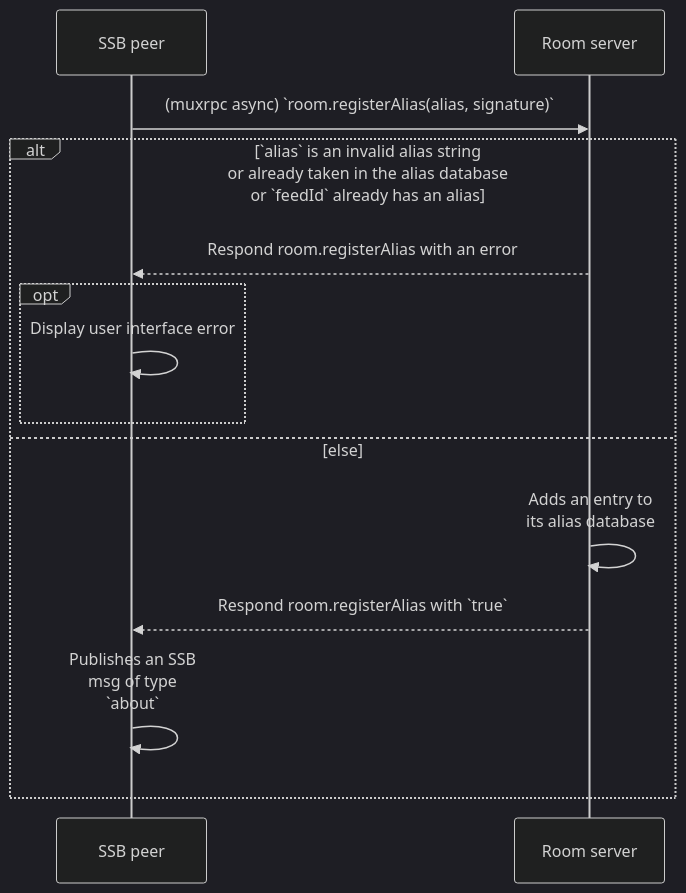
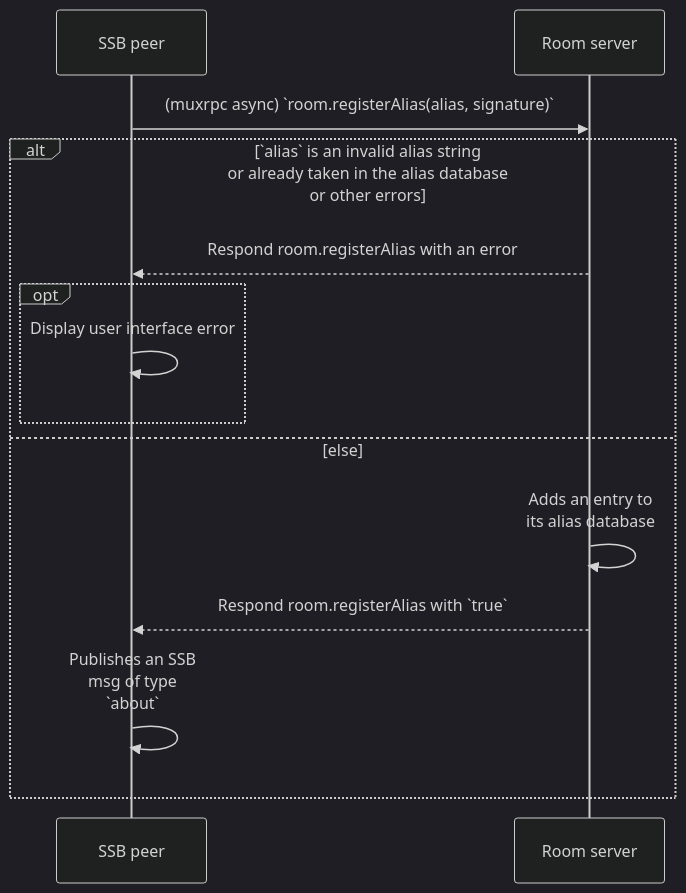
The diagram in docs/Alias/Registration.md (ssbc/rooms2), drawn with Mermaid (dark theme) before and after one commit.

Commit message:
fix a sequenceDiagram in alias registration

````diff
--- a/docs/Alias/Registration.md
+++ b/docs/Alias/Registration.md
@@ -24,17 +24,17 @@
 ```mermaid
 sequenceDiagram
   participant U as SSB peer
   participant R as Room server
 
   U->>R: (muxrpc async) `room.registerAlias(alias, signature)`
-  alt `alias` is an invalid alias string<br/>or already taken in the alias database<br/>or `feedId` already has an alias
+  alt `alias` is an invalid alias string<br/>or already taken in the alias database<br/>or other errors
     R-->>U: Respond room.registerAlias with an error
     opt
         U->>U: Display user interface error
     end
   else else
     R->>R: Adds an entry to<br/>its alias database
     R-->>U: Respond room.registerAlias with `true`
     U->>U: Publishes an SSB<br/>msg of type<br/>`about`
   end
 ```
````
